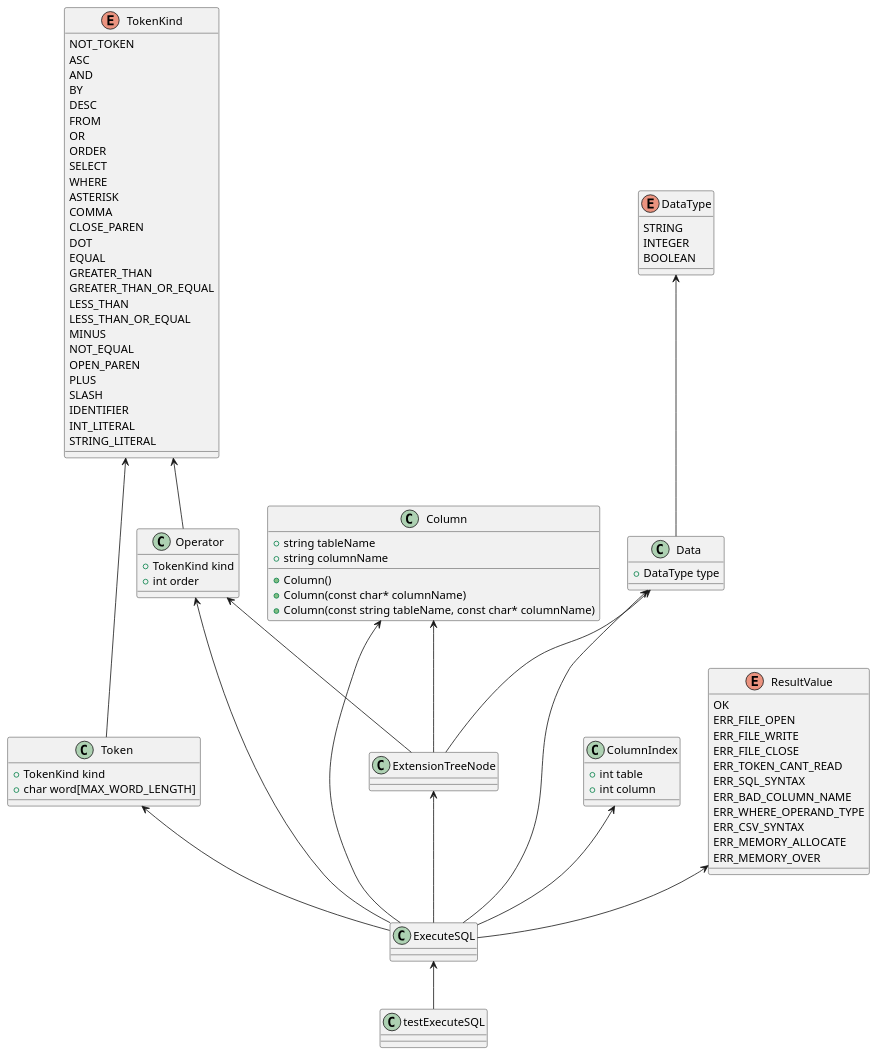
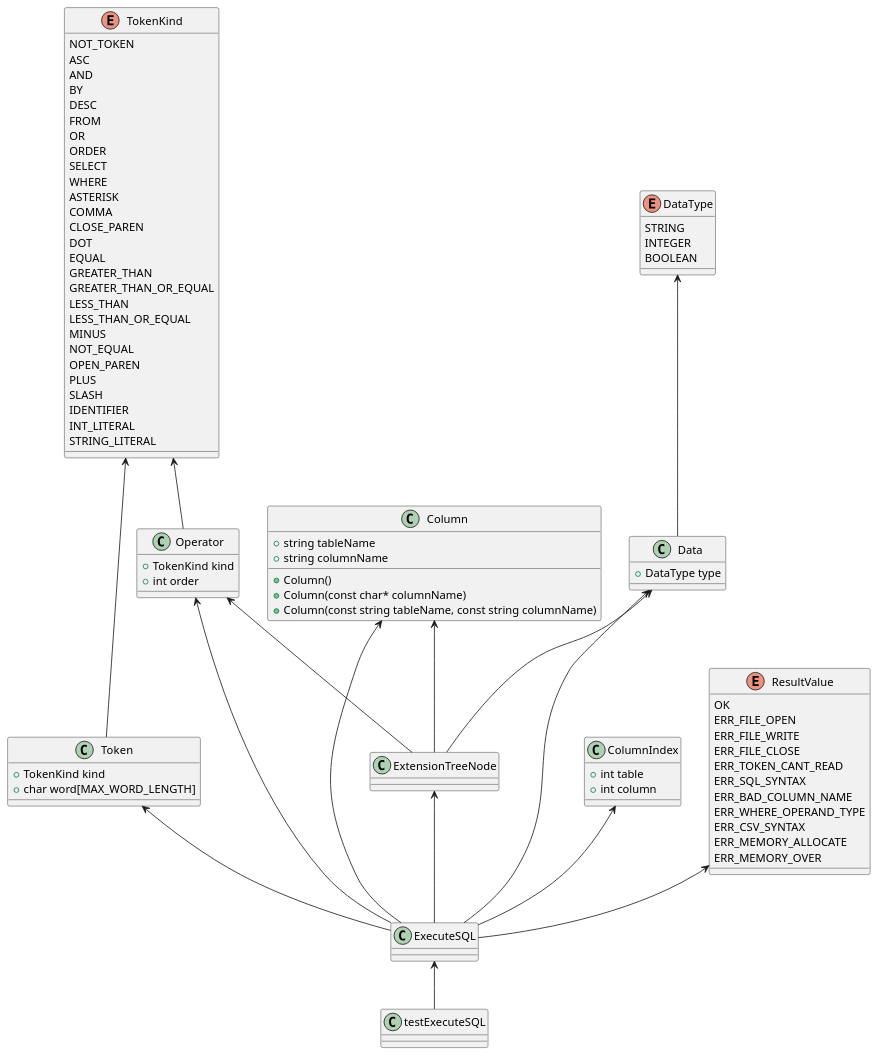
The diagram in ExecuteSQL.pu (yotten/TinySQL), drawn with PlantUML before and after one commit. The commit also changed 3 other files, not shown here.

```diff
--- a/ExecuteSQL.pu
+++ b/ExecuteSQL.pu
@@ -1,90 +1,90 @@
 @startuml
 
 class testExecuteSQL {}
 class ExecuteSQL {}
 class Data {
     +DataType type
 }
 class Operator{
     +TokenKind kind
     +int order
 }
 class Token{
     +TokenKind kind
     +char word[MAX_WORD_LENGTH]
 }
 class ExtensionTreeNode{}
 class ColumnIndex{
     +int table
     +int column
 }
 class Column{
     +string tableName
     +string columnName
     +Column()
     +Column(const char* columnName)
-    +Column(const string tableName, const char* columnName)
+    +Column(const string tableName, const string columnName)
 }
 enum DataType{
    	STRING
 	INTEGER
 	BOOLEAN
 }
 enum TokenKind{
     NOT_TOKEN
 	ASC
 	AND
 	BY
 	DESC
 	FROM
 	OR
 	ORDER
 	SELECT
 	WHERE
 	ASTERISK
 	COMMA
 	CLOSE_PAREN
 	DOT
 	EQUAL
 	GREATER_THAN
 	GREATER_THAN_OR_EQUAL
 	LESS_THAN
 	LESS_THAN_OR_EQUAL
 	MINUS
 	NOT_EQUAL
 	OPEN_PAREN
 	PLUS
 	SLASH
 	IDENTIFIER
 	INT_LITERAL
 	STRING_LITERAL
 }
 enum ResultValue{
     OK
 	ERR_FILE_OPEN
 	ERR_FILE_WRITE
 	ERR_FILE_CLOSE
 	ERR_TOKEN_CANT_READ
 	ERR_SQL_SYNTAX
 	ERR_BAD_COLUMN_NAME
 	ERR_WHERE_OPERAND_TYPE
 	ERR_CSV_SYNTAX
 	ERR_MEMORY_ALLOCATE
 	ERR_MEMORY_OVER
 }
 
 ExecuteSQL <-- testExecuteSQL
 Data <-- ExecuteSQL
 Operator <-- ExecuteSQL
 Token <-- ExecuteSQL
 ExtensionTreeNode <-- ExecuteSQL
 ColumnIndex <-- ExecuteSQL
 Column <-- ExecuteSQL
 ResultValue <-- ExecuteSQL
 DataType <-- Data
 TokenKind <-- Token
 TokenKind <-- Operator
 Operator <-- ExtensionTreeNode
 Column <-- ExtensionTreeNode
 Data <-- ExtensionTreeNode
 @enduml
```
